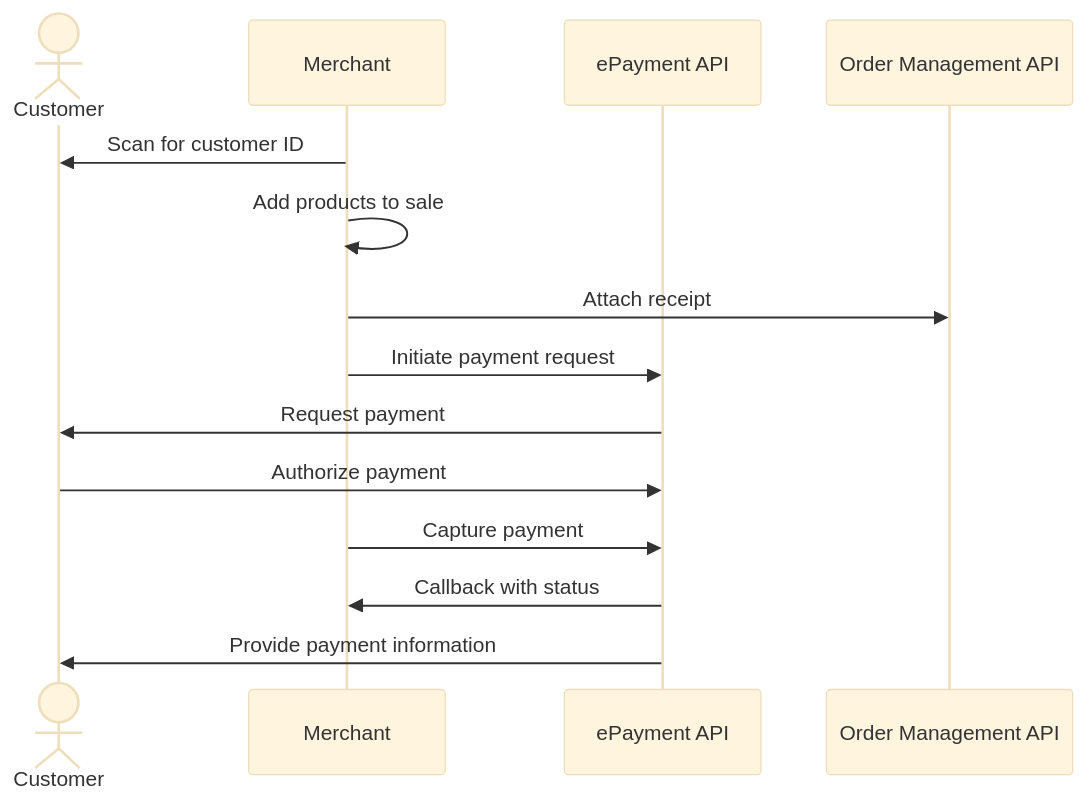
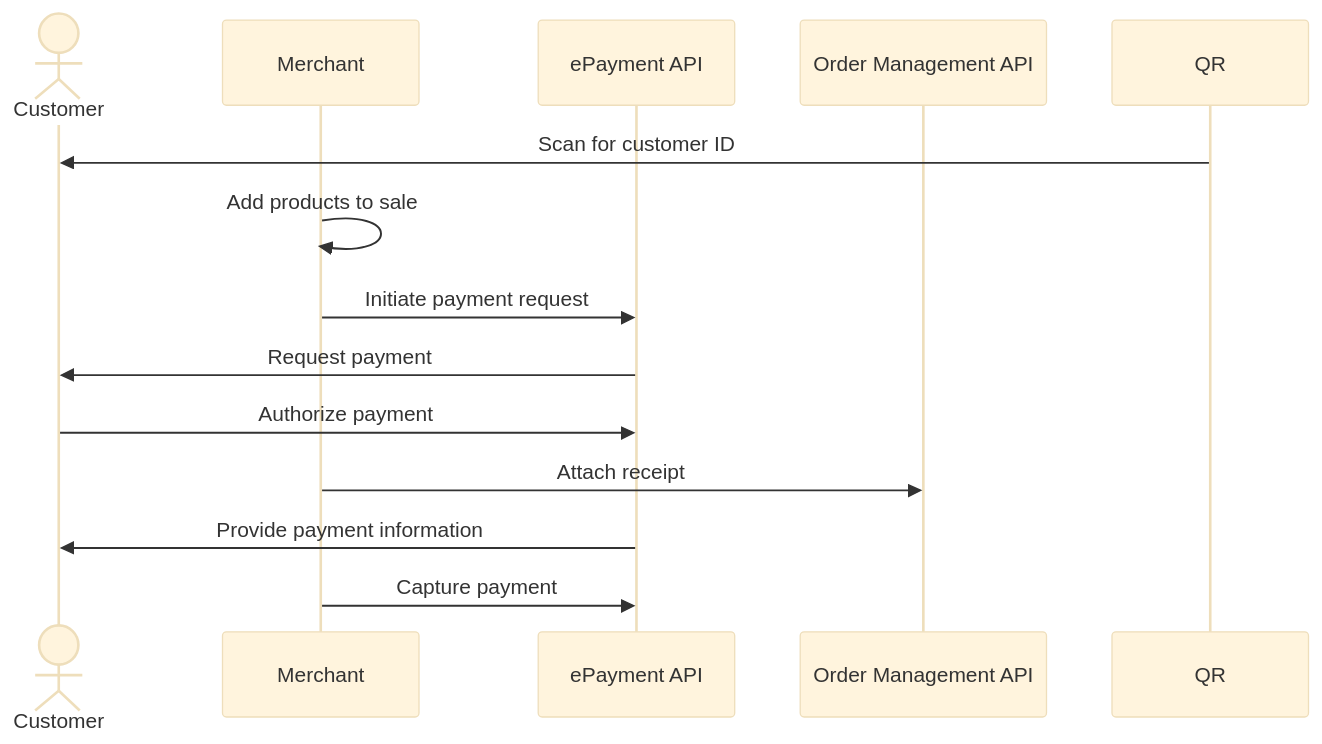
The diagram in in-store/README.md (vippsas/vipps-solutions), drawn with Mermaid (base theme) before and after one commit. The commit also changed 10 other files, not shown here.

Commit message:
Align and simplify all sequence diagrams

````diff
--- a/in-store/README.md
+++ b/in-store/README.md
@@ -115,16 +115,16 @@
 ``` mermaid
 sequenceDiagram
     actor C as Customer
     participant M as Merchant
     participant ePayment as ePayment API
     participant ordermanagement as Order Management API
-    M->>C: Scan for customer ID
+    
+    QR->>C: Scan for customer ID
     M->>M: Add products to sale
-    M->> ordermanagement: Attach receipt
     M->>ePayment: Initiate payment request
     ePayment->>C: Request payment
     C->>ePayment: Authorize payment
+    M->> ordermanagement: Attach receipt
+    ePayment->>C: Provide payment information
     M->>ePayment: Capture payment
-    ePayment->>M: Callback with status
-    ePayment->>C: Provide payment information
 ```
````
